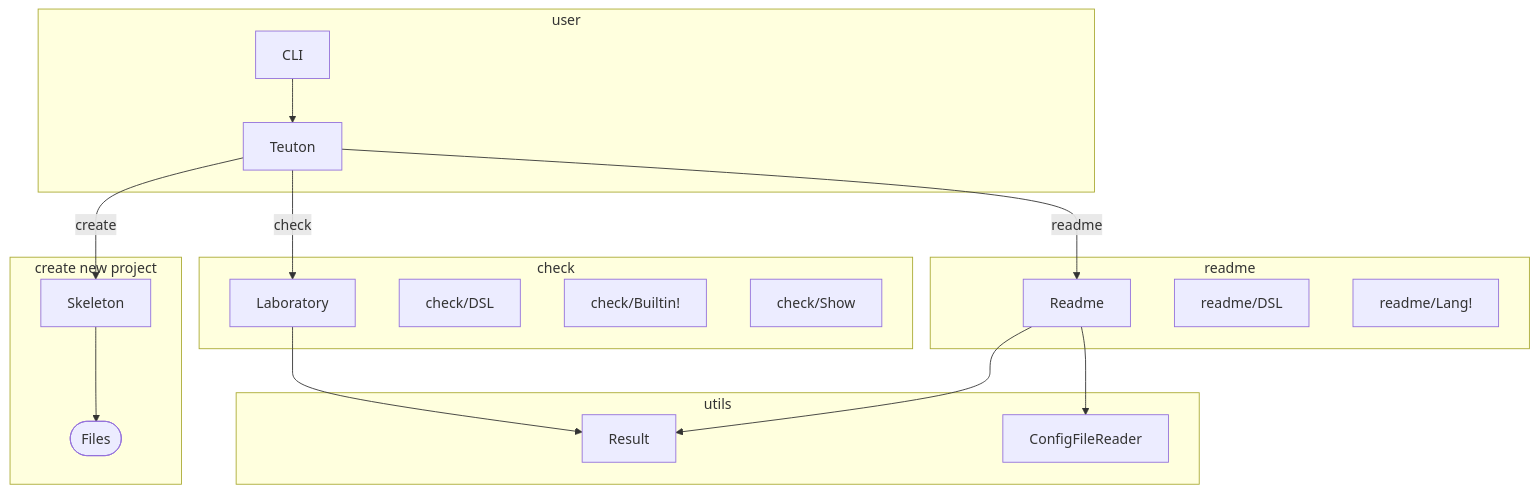
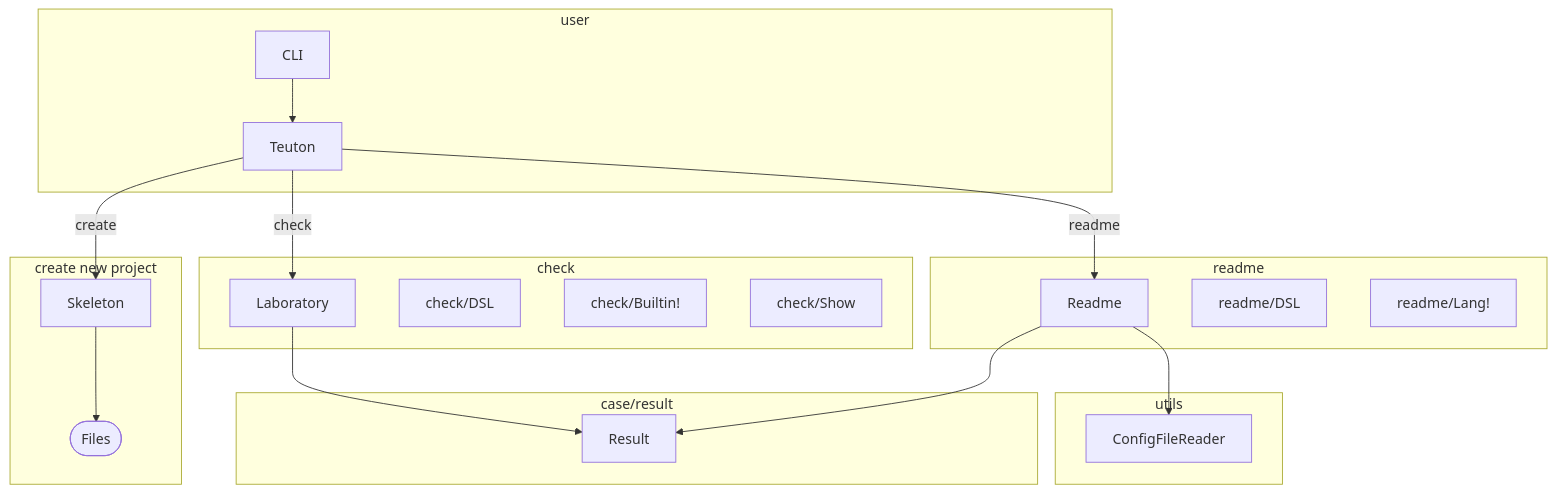
The first of 2 diagrams in docs/diagram.md (teuton-software/teuton), drawn with Mermaid before and after one commit.

````diff
--- a/docs/diagram.md
+++ b/docs/diagram.md
@@ -5,33 +5,36 @@
 ```mermaid
 flowchart TB
 
 subgraph user
   CLI --> Teuton
 end
 
 subgraph "create new project"
   Teuton -- create --> Skeleton
   Skeleton --> Files([Files])
 end
 
 subgraph check
   Teuton -- check --> Laboratory
 
   check/DSL
   check/Builtin!
   check/Show
 end
 
 subgraph readme
   Teuton -- readme --> Readme
 
   readme/DSL
   readme/Lang!  
 end
 
-subgraph utils
+subgraph case/result
   Laboratory --> Result
   Readme --> Result
+end
+
+subgraph utils
   Readme --> ConfigFileReader
 end
 ```
````
